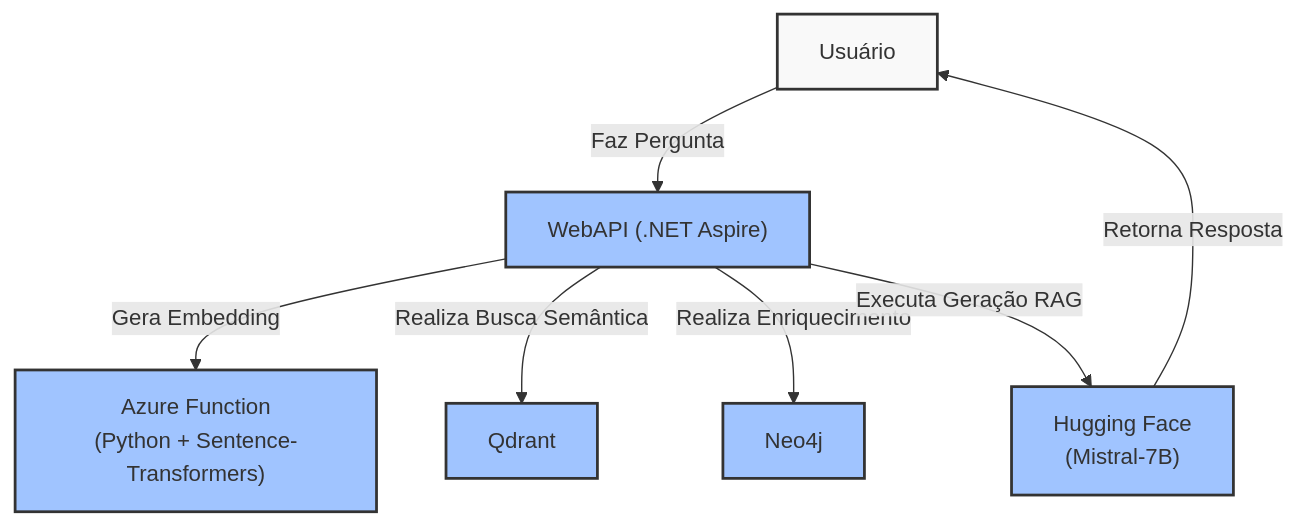
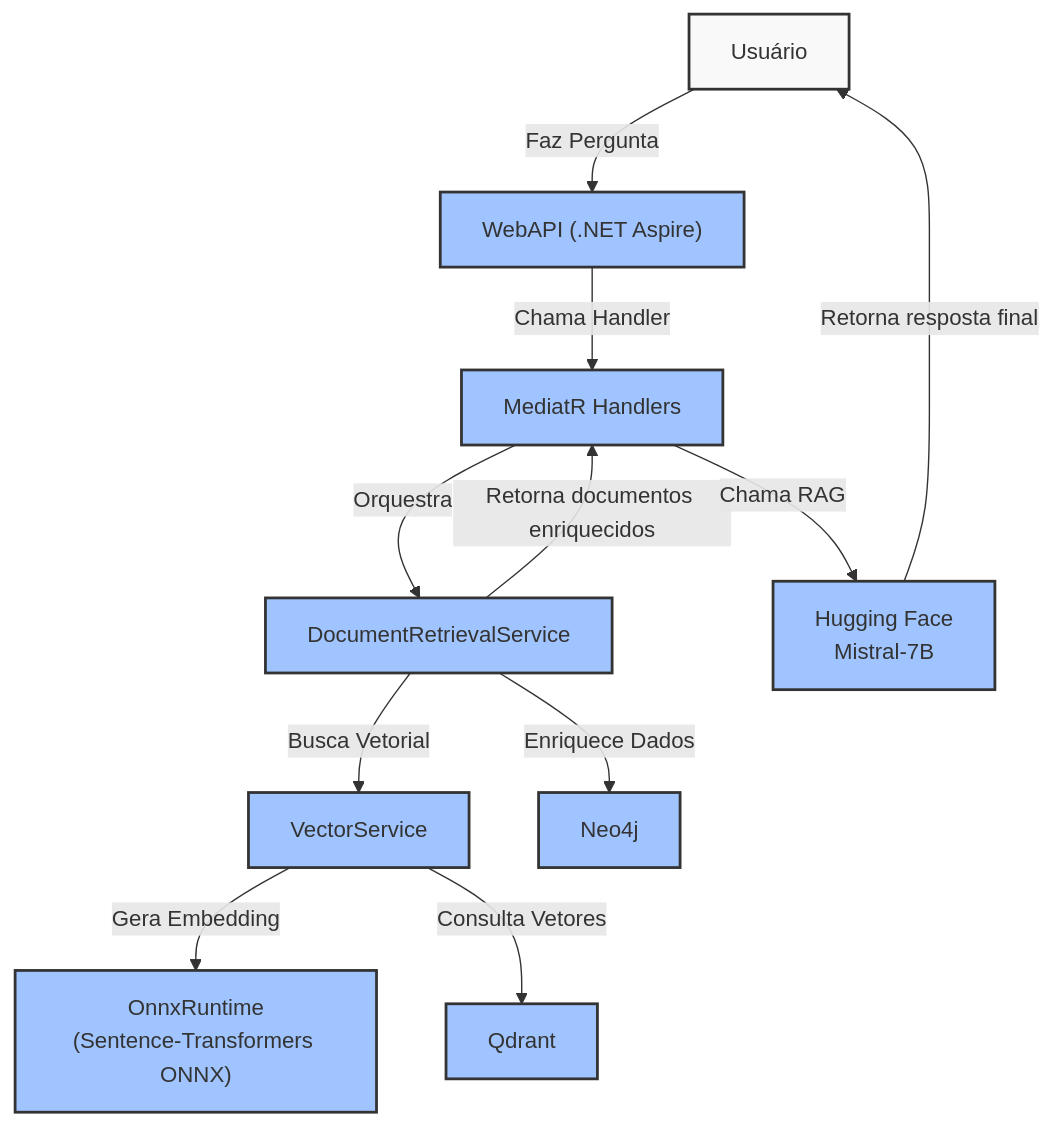
Before and after one commit to rafaellarrosa/VectorSearchDotnet: the diagram in README.md, drawn with Mermaid. The commit also changed other lines of this file and 21 other files, not shown here.

Commit message:
refactor(core): remove legacy interfaces and update handlers to use new vector pipeline

````diff
--- a/README.md
+++ b/README.md
@@ -25,17 +23,25 @@
 ```mermaid
 ---
 config:
   layout: fixed
 ---
 flowchart TD
     A["Usuário"] -->|Faz Pergunta| B["WebAPI (.NET Aspire)"]
-    B -->|Gera Embedding| C["Azure Function<br>(Python + Sentence-Transformers)"]
-    B -->|Realiza Busca Semântica| D["Qdrant"]
-    B -->|Realiza Enriquecimento| E["Neo4j"]
-    B -->|Executa Geração RAG| F["Hugging Face<br>(Mistral-7B)"]
-    F -->|Retorna Resposta| A
+    B -->|Chama Handler| H["MediatR Handlers"]
+    H -->|Orquestra| G["DocumentRetrievalService"]
+    
+    G -->|Busca Vetorial| D["VectorService"]
+    D -->|Gera Embedding| C["OnnxRuntime<br>(Sentence-Transformers ONNX)"]
+    D -->|Consulta Vetores| E["Qdrant"]
+
+    G -->|Enriquece Dados| F["Neo4j"]
+
+    G -->|Retorna documentos enriquecidos| H
+    H -->|Chama RAG| I["Hugging Face<br>Mistral-7B"]
+
+    I -->|Retorna resposta final| A
 
     classDef default fill:#f9f9f9,stroke:#333,stroke-width:2px;
     classDef highlight fill:#a0c4ff,stroke:#333,stroke-width:2px;
-    class B,C,D,E,F highlight;
+    class B,C,D,E,F,G,H,I highlight;
 ```
````
